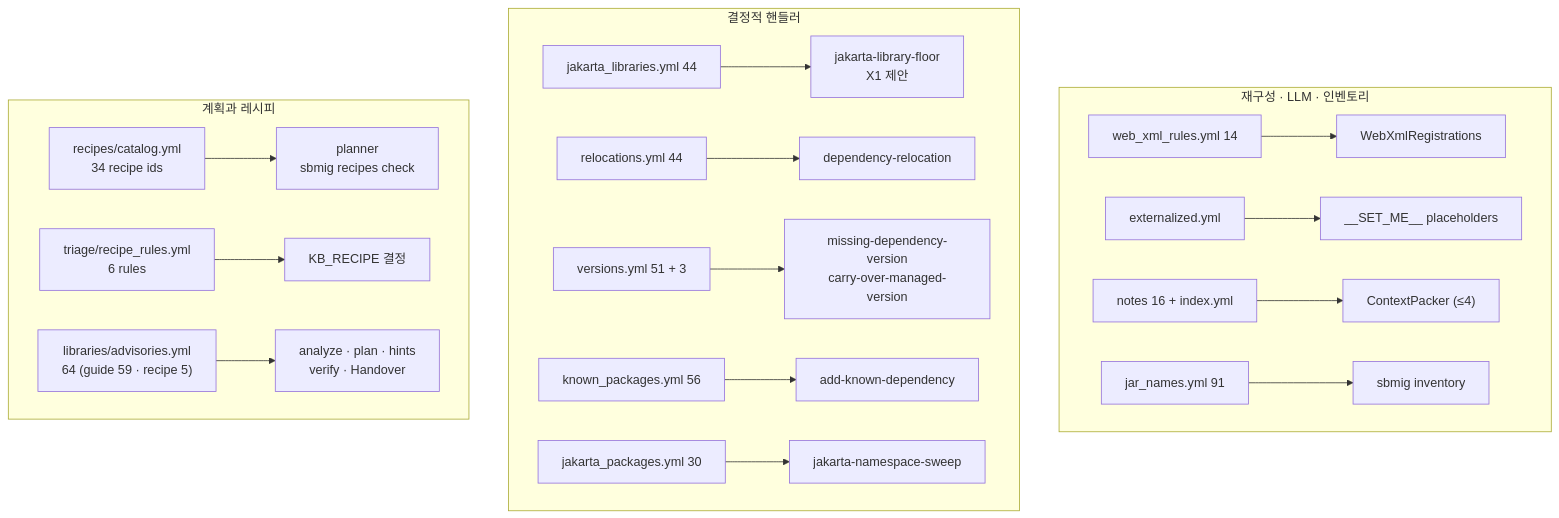
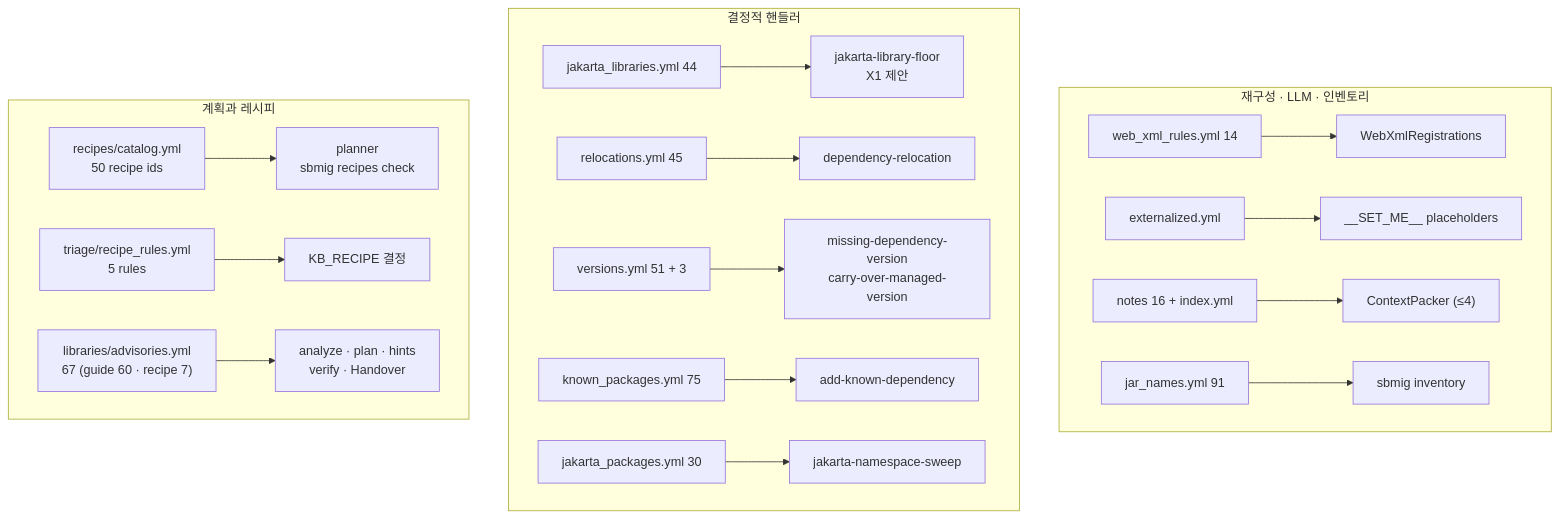
Before and after one commit to acandiatale/tutu: the diagram in docs/migration-agent/diagrams/knowledge-usage.mmd, drawn with Mermaid. The commit also changed 193 other files, not shown here.

```diff
--- a/docs/migration-agent/diagrams/knowledge-usage.mmd
+++ b/docs/migration-agent/diagrams/knowledge-usage.mmd
@@ -1,23 +1,23 @@
 flowchart LR
   subgraph p["계획과 레시피"]
     direction LR
-    CAT["recipes/catalog.yml<br/>34 recipe ids"] --> PLAN["planner<br/>sbmig recipes check"]
-    RR["triage/recipe_rules.yml<br/>6 rules"] --> KBR["KB_RECIPE 결정"]
-    ADV["libraries/advisories.yml<br/>64 (guide 59 · recipe 5)"] --> AN["analyze · plan · hints<br/>verify · Handover"]
+    CAT["recipes/catalog.yml<br/>50 recipe ids"] --> PLAN["planner<br/>sbmig recipes check"]
+    RR["triage/recipe_rules.yml<br/>5 rules"] --> KBR["KB_RECIPE 결정"]
+    ADV["libraries/advisories.yml<br/>67 (guide 60 · recipe 7)"] --> AN["analyze · plan · hints<br/>verify · Handover"]
   end
   subgraph h["결정적 핸들러"]
     direction LR
     JL["jakarta_libraries.yml 44"] --> H1["jakarta-library-floor<br/>X1 제안"]
-    REL["relocations.yml 44"] --> H2["dependency-relocation"]
+    REL["relocations.yml 45"] --> H2["dependency-relocation"]
     VER["versions.yml 51 + 3"] --> H3["missing-dependency-version<br/>carry-over-managed-version"]
-    KP["known_packages.yml 56"] --> H4["add-known-dependency"]
+    KP["known_packages.yml 75"] --> H4["add-known-dependency"]
     JP["jakarta_packages.yml 30"] --> H5["jakarta-namespace-sweep"]
   end
   subgraph o["재구성 · LLM · 인벤토리"]
     direction LR
     WX["web_xml_rules.yml 14"] --> RS["WebXmlRegistrations"]
     EXT["externalized.yml"] --> PH["__SET_ME__ placeholders"]
     NT["notes 16 + index.yml"] --> CTX["ContextPacker (≤4)"]
     JN["jar_names.yml 91"] --> INV["sbmig inventory"]
   end
   p ~~~ h ~~~ o
```
